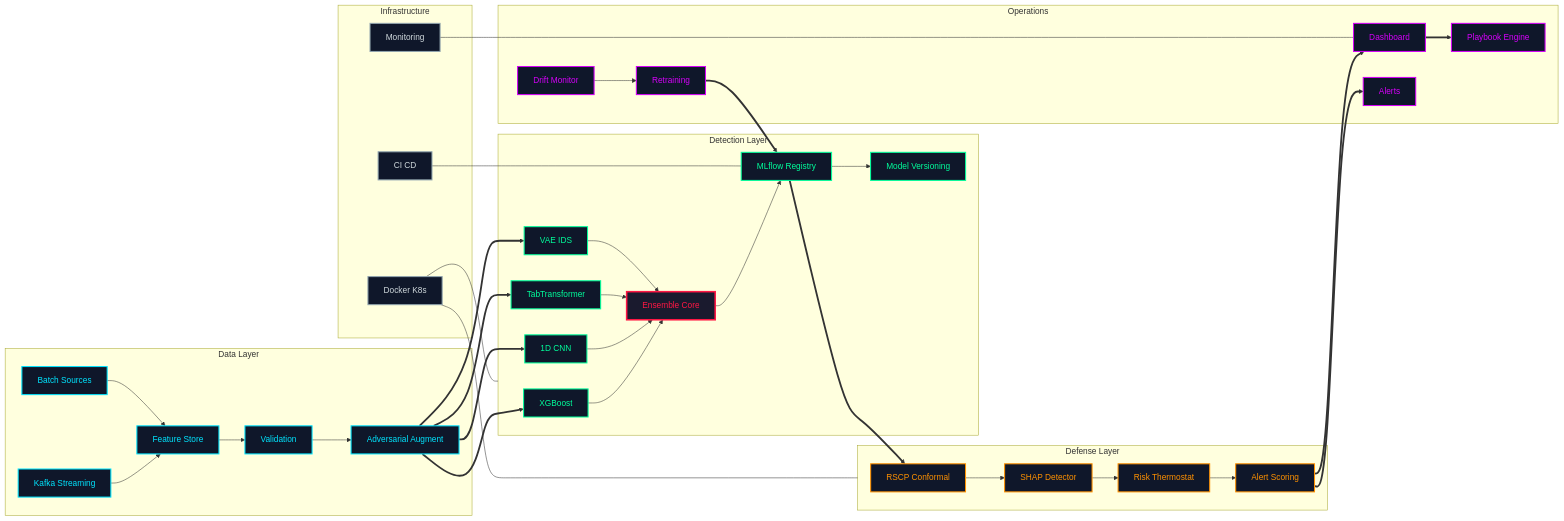
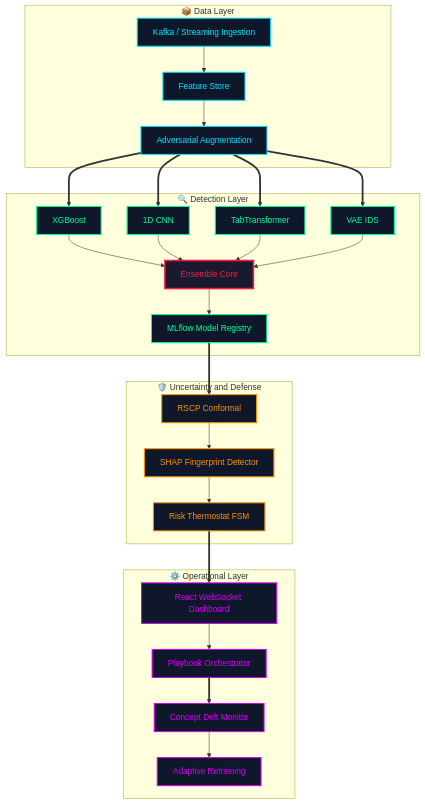
The diagram in README.md (PSURI1894/Adversarially-resilient-detection-pipelines), drawn with Mermaid before and after one commit.

Commit message:
Update architecture diagram in README

````diff
--- a/README.md
+++ b/README.md
@@ -12,78 +12,47 @@
 ```mermaid
-flowchart LR
+flowchart TB
 
 %% ================= NEON STYLES =================
 classDef data fill:#0f172a,stroke:#00E5FF,stroke-width:2px,color:#00E5FF;
 classDef detect fill:#0f172a,stroke:#00FF9C,stroke-width:2px,color:#00FF9C;
 classDef defense fill:#0f172a,stroke:#FF9100,stroke-width:2px,color:#FF9100;
 classDef ops fill:#0f172a,stroke:#D500F9,stroke-width:2px,color:#D500F9;
-classDef infra fill:#0f172a,stroke:#90A4AE,stroke-width:2px,color:#CFD8DC;
 classDef highlight fill:#1a1a2e,stroke:#FF1744,stroke-width:3px,color:#FF1744;
 
-%% ================= DATA =================
-subgraph DL[Data Layer]
-    A[Kafka Streaming]
-    A2[Batch Sources]
-    B[Feature Store]
-    D[Validation]
-    C[Adversarial Augment]
-
-    A --> B
-    A2 --> B
-    B --> D --> C
+%% ================= DATA LAYER =================
+subgraph DL[📦 Data Layer]
+    A[Kafka / Streaming Ingestion] --> B[Feature Store] --> C[Adversarial Augmentation]
 end
-class A,A2,B,C,D data
+class A,B,C data
 
 %% ================= DETECTION =================
-subgraph DET[Detection Layer]
+subgraph DET[🔍 Detection Layer]
     D1[XGBoost]
     D2[1D CNN]
     D3[TabTransformer]
     D4[VAE IDS]
 
-    E[Ensemble Core]
-    F[MLflow Registry]
-    F2[Model Versioning]
-
-    D1 --> E
+    D1 --> E[Ensemble Core]
     D2 --> E
     D3 --> E
     D4 --> E
 
-    E --> F --> F2
+    E --> F[MLflow Model Registry]
 end
-class D1,D2,D3,D4,E,F,F2 detect
+class D1,D2,D3,D4,E,F detect
 
 %% ================= DEFENSE =================
-subgraph DEF[Defense Layer]
-    G[RSCP Conformal]
-    H[SHAP Detector]
-    I[Risk Thermostat]
-    I2[Alert Scoring]
-
-    G --> H --> I --> I2
+subgraph DEF[🛡️ Uncertainty and Defense]
+    G[RSCP Conformal] --> H[SHAP Fingerprint Detector] --> I[Risk Thermostat FSM]
 end
-class G,H,I,I2 defense
+class G,H,I defense
 
 %% ================= OPS =================
-subgraph OPS[Operations]
-    J[Dashboard]
-    K[Playbook Engine]
-    L[Drift Monitor]
-    M[Retraining]
-    N[Alerts]
-
-    L --> M
+subgraph OPS[⚙️ Operational Layer]
+    J[React WebSocket Dashboard] --> K[Playbook Orchestrator]
+    L[Concept Drift Monitor] --> M[Adaptive Retraining]
 end
-class J,K,L,M,N ops
-
-%% ================= INFRA =================
-subgraph INFRA[Infrastructure]
-    X[Docker K8s]
-    Y[CI CD]
-    Z[Monitoring]
-end
-class X,Y,Z infra
+class J,K,L,M ops
 
 %% ================= FLOW =================
 C ==> D1
@@ -92,29 +61,9 @@
 C ==> D4
 
 F ==> G
-I2 ==> J
-J ==> K
-I2 ==> N
+I ==> J
+K ==> L
 
-M ==> F
-
-%% ================= INFRA LINKS =================
-X --- DET
-X --- DEF
-Y --- F
-Z --- J
-
-%% Highlight core
+%% highlight core
 class E highlight
-
-%% ================= CLICKABLE LINKS =================
-click A "https://github.com/your-repo/data-ingestion"
-click B "https://github.com/your-repo/feature-store"
-click D1 "https://github.com/your-repo/models/xgboost"
-click D2 "https://github.com/your-repo/models/cnn"
-click D3 "https://github.com/your-repo/models/transformer"
-click D4 "https://github.com/your-repo/models/vae"
-click E "https://github.com/your-repo/ensemble"
-click G "https://github.com/your-repo/conformal"
-click J "https://github.com/your-repo/dashboard"
 ```
````
